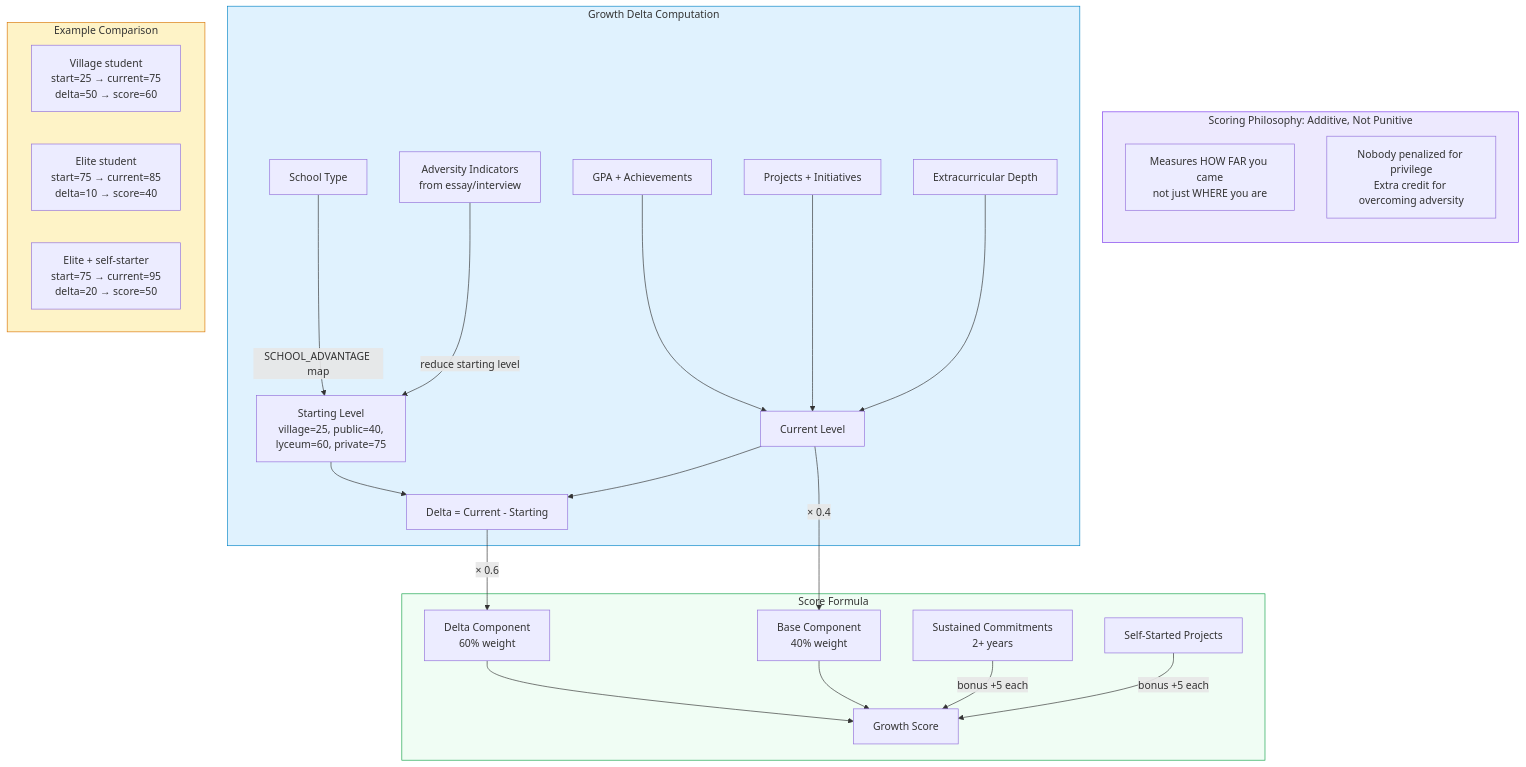
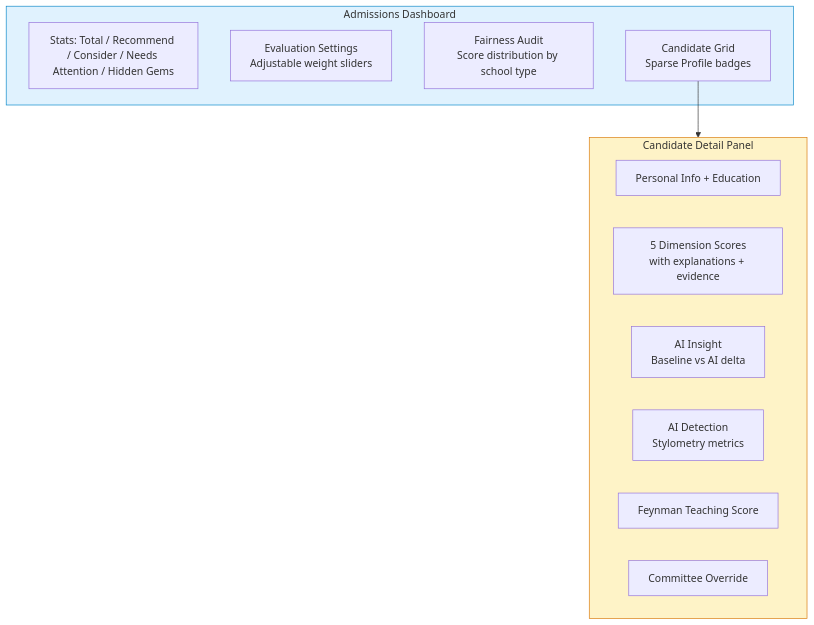
The sixth of 7 diagrams in docs/architecture.md (BAITC-Hacks/hack-22e92cd7-winchesters), drawn with Mermaid before and after one commit. The commit also changed other lines of this file and 2 other files, not shown here.

Commit message:
rewrite README and update architecture diagram

````diff
--- a/docs/architecture.md
+++ b/docs/architecture.md
@@ -134,38 +189,23 @@
 ```mermaid
 flowchart TB
-    subgraph Philosophy["Scoring Philosophy: Additive, Not Punitive"]
-        direction TB
-        P1["Measures HOW FAR you came<br/>not just WHERE you are"]
-        P2["Nobody penalized for privilege<br/>Extra credit for overcoming adversity"]
+    subgraph Dashboard["Admissions Dashboard"]
+        STATS[Stats: Total / Recommend / Consider / Needs Attention / Hidden Gems]
+        EVAL[Evaluation Settings<br/>Adjustable weight sliders]
+        FAIR[Fairness Audit<br/>Score distribution by school type]
+        GRID[Candidate Grid<br/>Sparse Profile badges]
     end
 
-    subgraph Computation["Growth Delta Computation"]
-        SCH[School Type] -->|SCHOOL_ADVANTAGE map| SL[Starting Level<br/>village=25, public=40,<br/>lyceum=60, private=75]
-        ADV[Adversity Indicators<br/>from essay/interview] -->|reduce starting level| SL
-        GPA[GPA + Achievements] --> CL[Current Level]
-        PROJ[Projects + Initiatives] --> CL
-        EC[Extracurricular Depth] --> CL
-        SL --> DELTA["Delta = Current - Starting"]
-        CL --> DELTA
+    subgraph Detail["Candidate Detail Panel"]
+        INFO[Personal Info + Education]
+        SCORES[5 Dimension Scores<br/>with explanations + evidence]
+        INSIGHT[AI Insight<br/>Baseline vs AI delta]
+        DETECT[AI Detection<br/>Stylometry metrics]
+        FEYN[Feynman Teaching Score]
+        OVERRIDE[Committee Override]
     end
 
-    subgraph Scoring["Score Formula"]
-        DELTA -->|"× 0.6"| DC[Delta Component<br/>60% weight]
-        CL -->|"× 0.4"| BC[Base Component<br/>40% weight]
-        DC --> TOTAL[Growth Score]
-        BC --> TOTAL
-        SUS[Sustained Commitments<br/>2+ years] -->|bonus +5 each| TOTAL
-        SELF[Self-Started Projects] -->|bonus +5 each| TOTAL
-    end
+    GRID --> Detail
 
-    subgraph Example["Example Comparison"]
-        E1["Village student<br/>start=25 → current=75<br/>delta=50 → score=60"]
-        E2["Elite student<br/>start=75 → current=85<br/>delta=10 → score=40"]
-        E3["Elite + self-starter<br/>start=75 → current=95<br/>delta=20 → score=50"]
-    end
-
-    style Philosophy fill:#ede9fe,stroke:#7c3aed
-    style Computation fill:#e0f2fe,stroke:#0284c7
-    style Scoring fill:#f0fdf4,stroke:#16a34a
-    style Example fill:#fef3c7,stroke:#d97706
+    style Dashboard fill:#e0f2fe,stroke:#0284c7
+    style Detail fill:#fef3c7,stroke:#d97706
 ```
````
